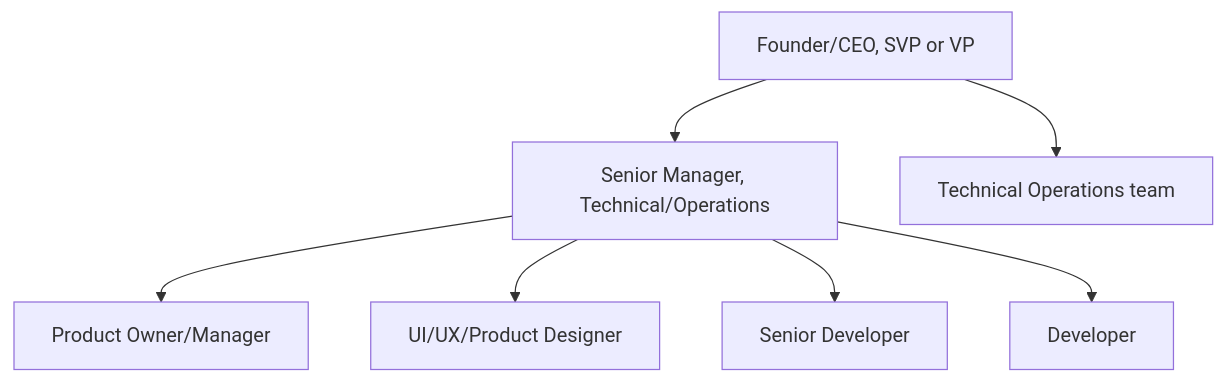
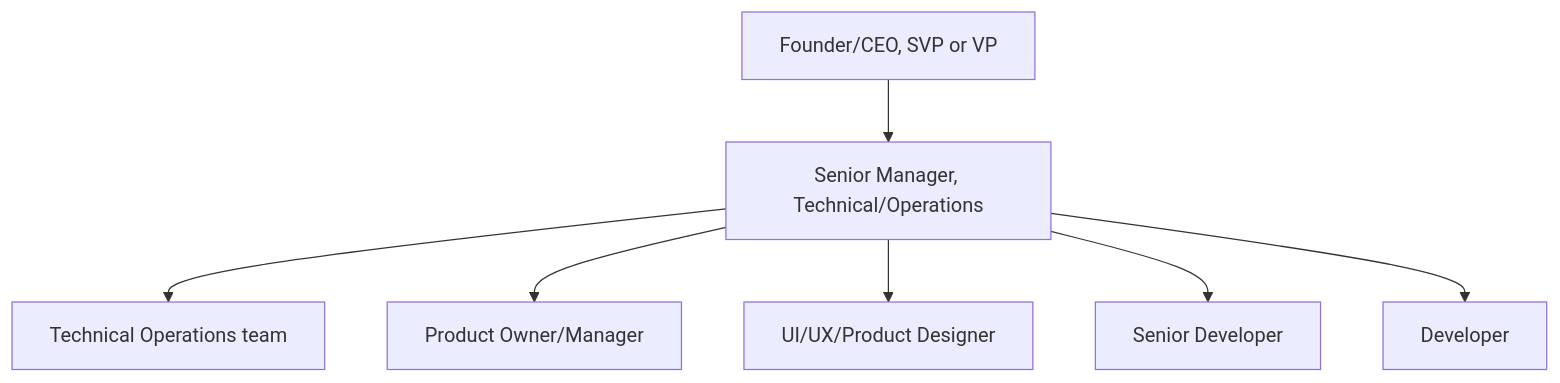
The diagram in company/organization.mdx (NextEdgelabs/nextedge-docs), drawn with Mermaid before and after one commit. The commit also changed other lines of this file and 9 other files, not shown here.

````diff
--- a/company/organization.mdx
+++ b/company/organization.mdx
@@ -17,9 +17,9 @@
 ```mermaid
 flowchart TB
   L["Founder/CEO, SVP or VP"] --> S["Senior Manager, Technical/Operations"]
-  L --> T["Technical Operations team"]
+  S --> T["Technical Operations team"]
   S --> P["Product Owner/Manager"]
   S --> U["UI/UX/Product Designer"]
   S --> R["Senior Developer"]
   S --> D["Developer"]
 ```
````
